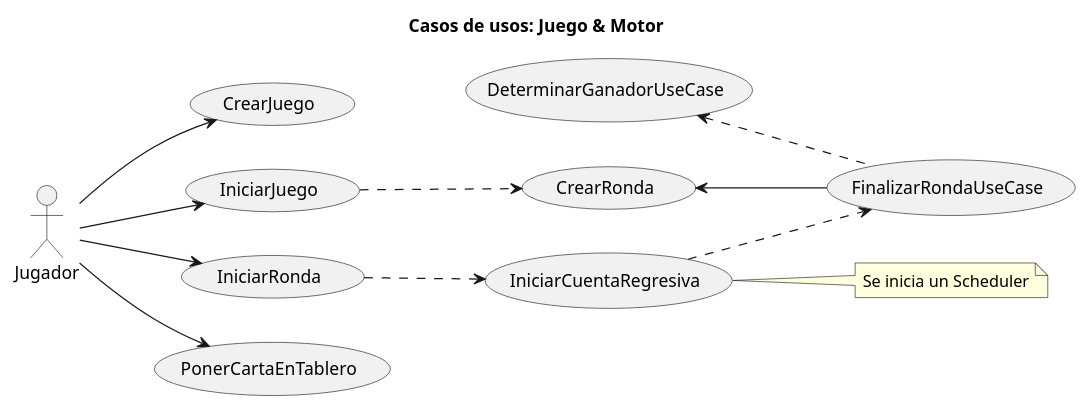
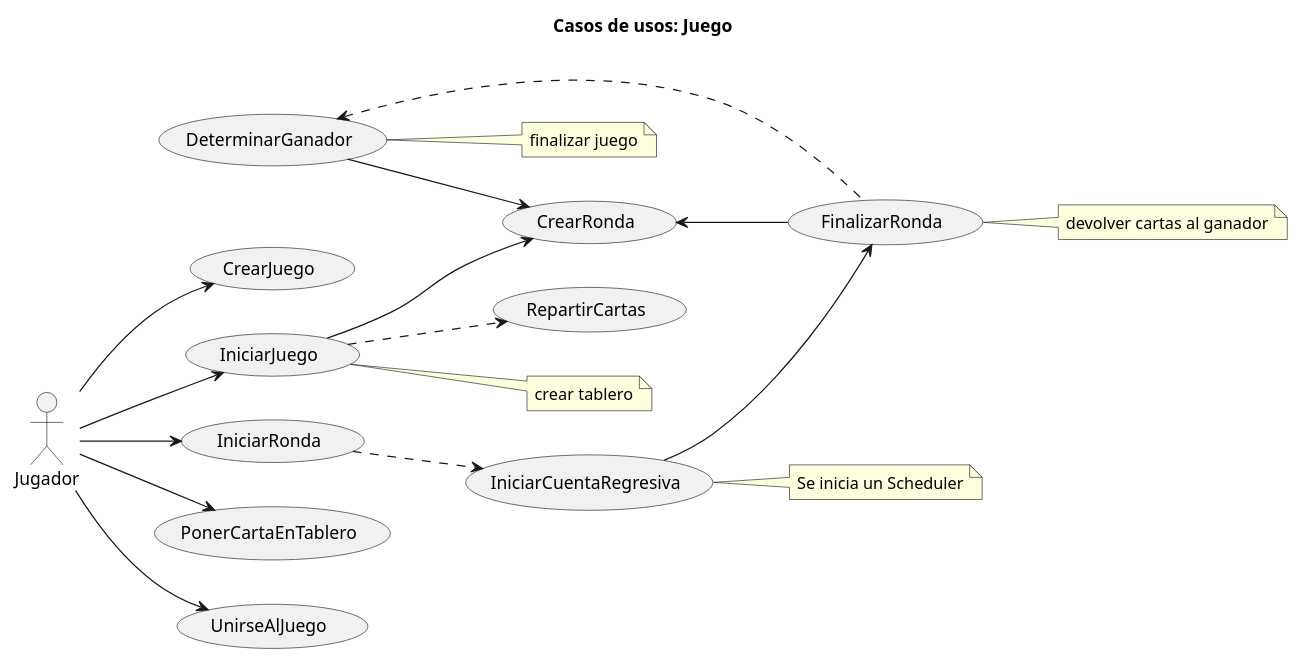
Before and after one commit to sebas99cano/bootcamp-cardgame: the diagram in soluction/business/usecases.puml, drawn with PlantUML. The commit also changed 59 other files, not shown here.

```diff
--- a/soluction/business/usecases.puml
+++ b/soluction/business/usecases.puml
@@ -1,22 +1,37 @@
 @startuml
-title Casos de usos: Juego & Motor
+title Casos de usos: Juego
 
 left to right direction
 
 
 Jugador --> (CrearJuego)
 Jugador --> (IniciarJuego)
 Jugador --> (IniciarRonda)
 Jugador --> (PonerCartaEnTablero)
+Jugador --> (UnirseAlJuego)
 
-IniciarJuego ..> (CrearRonda)
+IniciarJuego --> (CrearRonda)
+IniciarJuego ..> (RepartirCartas)
 IniciarRonda ..> (IniciarCuentaRegresiva)
-IniciarCuentaRegresiva ..> (FinalizarRondaUseCase)
-FinalizarRondaUseCase .up.> (DeterminarGanadorUseCase)
-FinalizarRondaUseCase -up-> (CrearRonda)
+IniciarCuentaRegresiva --> (FinalizarRonda)
+FinalizarRonda .up.> (DeterminarGanador)
+FinalizarRonda -up-> (CrearRonda)
+DeterminarGanador --> (CrearRonda)
+
+note right of (DeterminarGanador)
+  finalizar juego
+end note
+
+note right of (FinalizarRonda)
+  devolver cartas al ganador
+end note
+
+note right of (IniciarJuego)
+  crear tablero
+end note
 
 note right of (IniciarCuentaRegresiva)
   Se inicia un Scheduler
 end note
 
 @enduml
```
